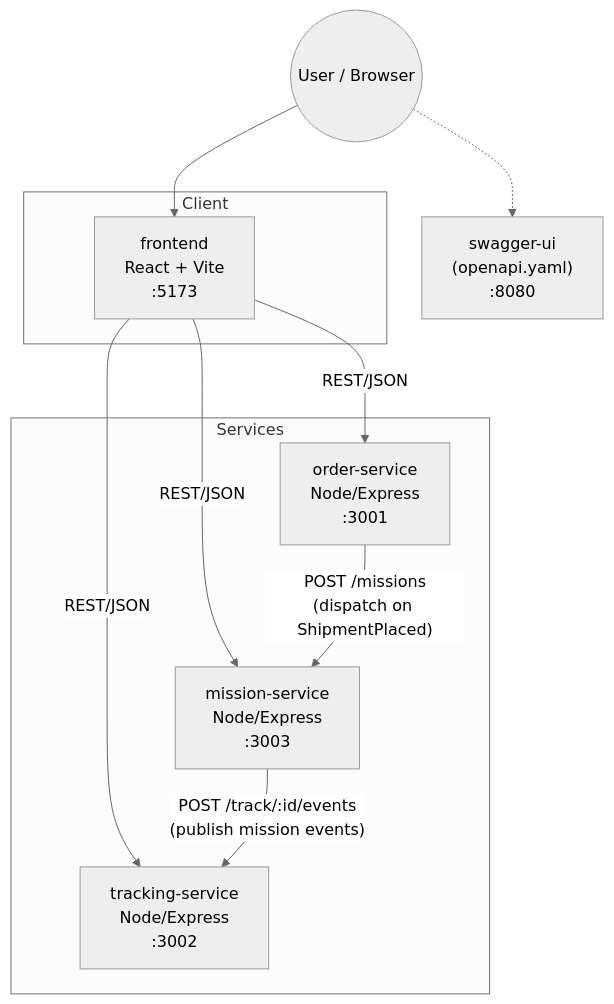
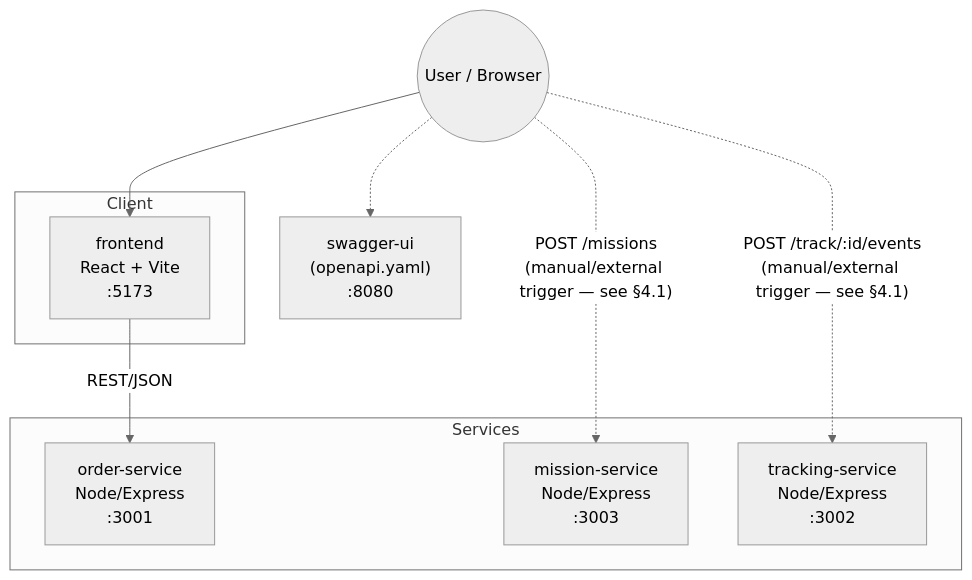
One commit to Dias266/Software-architecture-and-platforms changed the third of 6 diagrams in assignment_1/docs/02-design.md. Above: the diagram before and after it, drawn with Mermaid (neutral theme). The commit also changed other lines of this file and 5 other files, not shown here.

````diff
--- a/assignment_1/docs/02-design.md
+++ b/assignment_1/docs/02-design.md
@@ -144,24 +149,22 @@
 ```mermaid
 graph TB
     User((User / Browser))
 
     subgraph Client
         FE["frontend<br/>React + Vite<br/>:5173"]
     end
 
     subgraph Services
         OS["order-service<br/>Node/Express<br/>:3001"]
         MS["mission-service<br/>Node/Express<br/>:3003"]
         TS["tracking-service<br/>Node/Express<br/>:3002"]
     end
 
     Docs["swagger-ui<br/>(openapi.yaml)<br/>:8080"]
 
     User --> FE
     FE -- REST/JSON --> OS
-    FE -- REST/JSON --> MS
-    FE -- REST/JSON --> TS
-    OS -- "POST /missions<br/>(dispatch on ShipmentPlaced)" --> MS
-    MS -- "POST /track/:id/events<br/>(publish mission events)" --> TS
+    User -. "POST /missions<br/>(manual/external trigger — see §4.1)" .-> MS
+    User -. "POST /track/:id/events<br/>(manual/external trigger — see §4.1)" .-> TS
     User -.-> Docs
 ```
````
